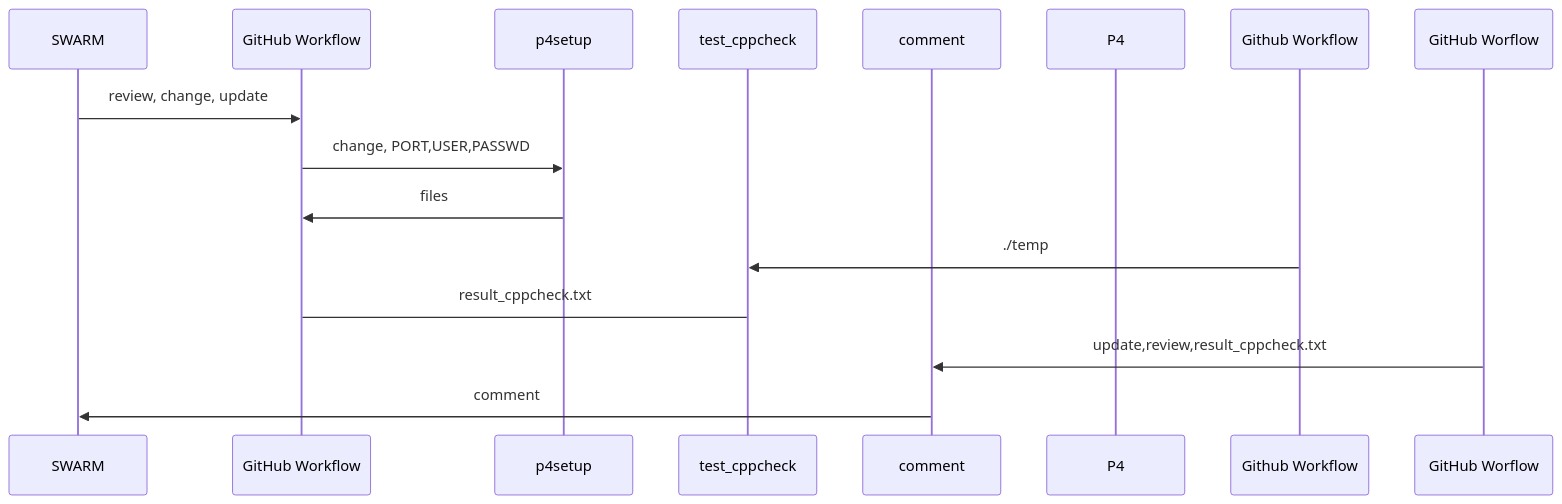
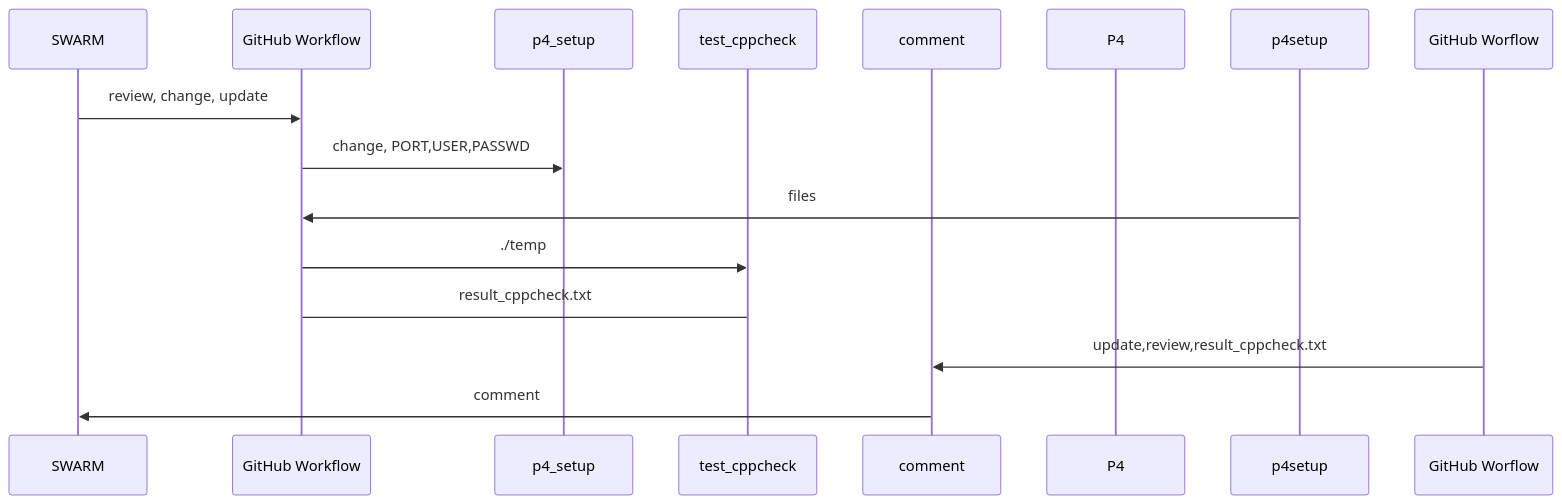
One commit to smjune/smjune.github.io changed the diagram in readme.md. Above: the diagram before and after it, drawn with Mermaid.

````diff
--- a/readme.md
+++ b/readme.md
@@ -1,16 +1,16 @@
 ```mermaid
 sequenceDiagram
     participant SWARM 
     participant GitHub Workflow
-    participant p4setup
+    participant p4_setup
     participant test_cppcheck
     participant comment
     participant P4
     SWARM->>GitHub Workflow: review, change, update
-    GitHub Workflow->>p4setup: change, PORT,USER,PASSWD
+    GitHub Workflow->>p4_setup: change, PORT,USER,PASSWD
     p4setup->>GitHub Workflow: files
-    Github Workflow->>test_cppcheck:./temp
+    GitHub Workflow->>test_cppcheck:./temp
     test_cppcheck->GitHub Workflow: result_cppcheck.txt
     GitHub Worflow->>comment:update,review,result_cppcheck.txt
     comment->>SWARM: comment
 ```
````
